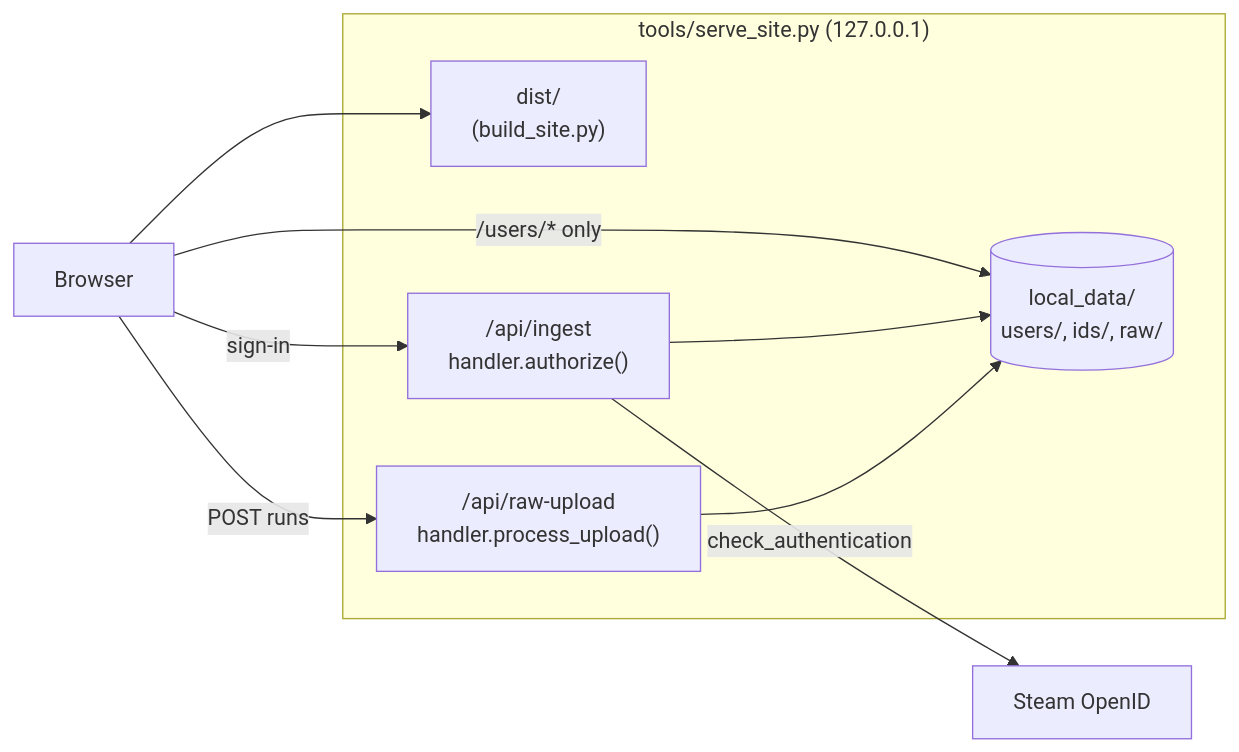
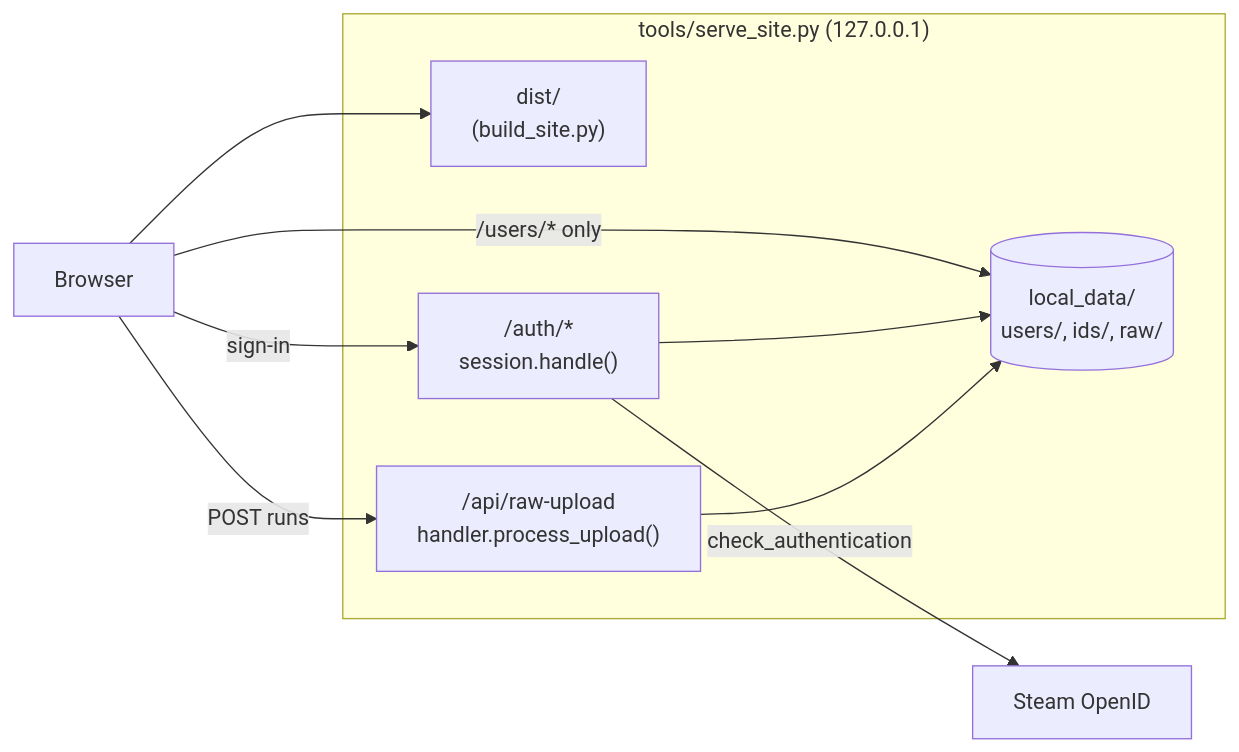
The third of 5 diagrams in README.md (johnstonjesse329/slay-my-stats), drawn with Mermaid before and after one commit. The commit also changed other lines of this file and 17 other files, not shown here.

````diff
--- a/README.md
+++ b/README.md
@@ -489,16 +492,16 @@
 ```mermaid
 flowchart LR
     subgraph local["tools/serve_site.py (127.0.0.1)"]
         dist["dist/<br/>(build_site.py)"]
         users[("local_data/<br/>users/, ids/, raw/")]
-        ingest["/api/ingest<br/>handler.authorize()"]
+        ingest["/auth/*<br/>session.handle()"]
         rawup["/api/raw-upload<br/>handler.process_upload()"]
     end
     b["Browser"] --> dist
     b -- "/users/* only" --> users
     b -- "sign-in" --> ingest
     b -- "POST runs" --> rawup
     ingest --> users
     rawup --> users
     ingest -- "check_authentication" --> steam["Steam OpenID"]
 ```
````
